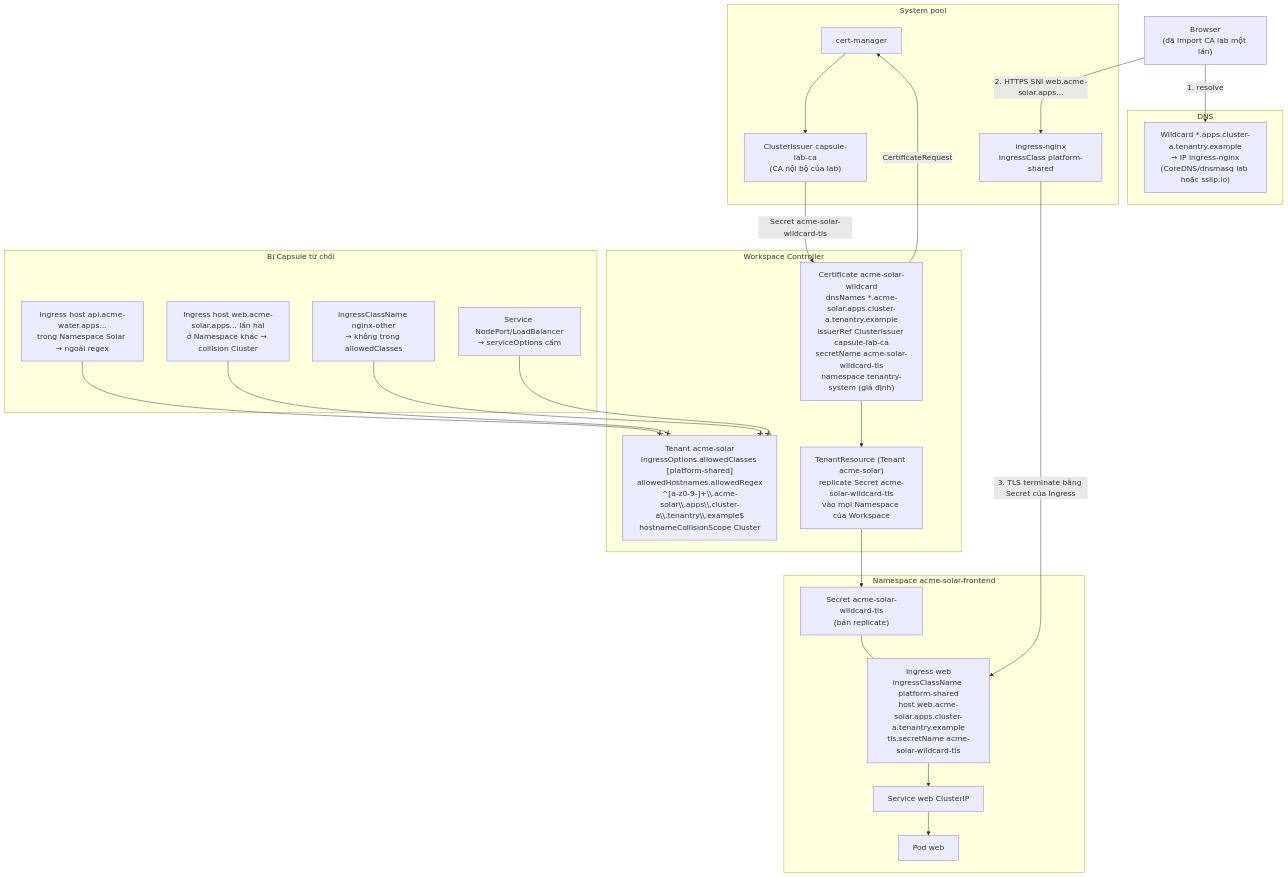
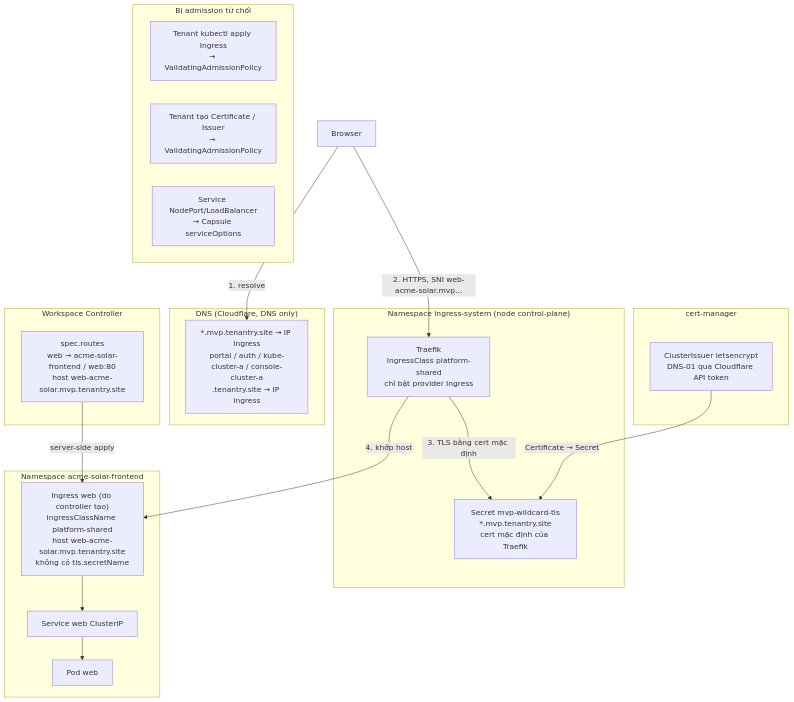
Before and after one commit to thaihoc1310/tenantry: the seventh of 9 diagrams in docs/architecture/05-network-and-scheduling.md, drawn with Mermaid. The commit also changed other lines of this file and 10 other files, not shown here.

Commit message:
docs: platform-managed Routes on Traefik with Let's Encrypt, NFS via csi-driver-nfs, cluster foundation under deploy/cluster

````diff
--- a/docs/architecture/05-network-and-scheduling.md
+++ b/docs/architecture/05-network-and-scheduling.md
@@ -381,48 +382,39 @@
 ```mermaid
 flowchart TB
-  subgraph DNSL["DNS"]
-    D1["Wildcard *.apps.cluster-a.tenantry.example<br/>→ IP ingress-nginx<br/>(CoreDNS/dnsmasq lab hoặc sslip.io)"]
+  subgraph DNSL["DNS (Cloudflare, DNS only)"]
+    D1["*.mvp.tenantry.site → IP ingress<br/>portal / auth / kube-cluster-a / console-cluster-a<br/>.tenantry.site → IP ingress"]
   end
 
-  subgraph EDGE["System pool"]
-    ING["ingress-nginx<br/>IngressClass platform-shared"]
-    CM["cert-manager"]
-    CI["ClusterIssuer capsule-lab-ca<br/>(CA nội bộ của lab)"]
+  subgraph EDGE["Namespace ingress-system (node control-plane)"]
+    ING["Traefik<br/>IngressClass platform-shared<br/>chỉ bật provider Ingress"]
+    WC["Secret mvp-wildcard-tls<br/>*.mvp.tenantry.site<br/>cert mặc định của Traefik"]
+  end
+
+  subgraph CMG["cert-manager"]
+    CI["ClusterIssuer letsencrypt<br/>DNS-01 qua Cloudflare API token"]
   end
 
   subgraph CTRL["Workspace Controller"]
-    CERT["Certificate acme-solar-wildcard<br/>dnsNames *.acme-solar.apps.cluster-a.tenantry.example<br/>issuerRef ClusterIssuer capsule-lab-ca<br/>secretName acme-solar-wildcard-tls<br/>namespace tenantry-system (giả định)"]
-    TR["TenantResource (Tenant acme-solar)<br/>replicate Secret acme-solar-wildcard-tls<br/>vào mọi Namespace của Workspace"]
-    TEN["Tenant acme-solar<br/>ingressOptions.allowedClasses [platform-shared]<br/>allowedHostnames.allowedRegex<br/>^[a-z0-9-]+\\.acme-solar\\.apps\\.cluster-a\\.tenantry\\.example$<br/>hostnameCollisionScope Cluster"]
+    RT["spec.routes<br/>web → acme-solar-frontend / web:80<br/>host web-acme-solar.mvp.tenantry.site"]
   end
 
   subgraph WS["Namespace acme-solar-frontend"]
-    IR["Ingress web<br/>ingressClassName platform-shared<br/>host web.acme-solar.apps.cluster-a.tenantry.example<br/>tls.secretName acme-solar-wildcard-tls"]
-    SEC["Secret acme-solar-wildcard-tls<br/>(bản replicate)"]
+    IR["Ingress web (do controller tạo)<br/>ingressClassName platform-shared<br/>host web-acme-solar.mvp.tenantry.site<br/>không có tls.secretName"]
     SVC["Service web ClusterIP"]
     POD["Pod web"]
   end
 
-  U["Browser<br/>(đã import CA lab một lần)"] -->|"1. resolve"| D1
-  U -->|"2. HTTPS SNI web.acme-solar.apps..."| ING
-  ING -->|"3. TLS terminate bằng Secret của Ingress"| IR
+  U["Browser"] -->|"1. resolve"| D1
+  U -->|"2. HTTPS, SNI web-acme-solar.mvp…"| ING
+  ING -->|"3. TLS bằng cert mặc định"| WC
+  ING -->|"4. khớp host"| IR
   IR --> SVC --> POD
-  SEC --- IR
+  CI -->|"Certificate → Secret"| WC
+  RT -->|"server-side apply"| IR
 
-  CERT -->|"CertificateRequest"| CM
-  CM --> CI
-  CI -->|"Secret acme-solar-wildcard-tls"| CERT
-  CERT --> TR
-  TR --> SEC
-
-  subgraph REJ["Bị Capsule từ chối"]
-    X1["Ingress host api.acme-water.apps...<br/>trong Namespace Solar → ngoài regex"]
-    X2["Ingress host web.acme-solar.apps... lần hai<br/>ở Namespace khác → collision Cluster"]
-    X3["ingressClassName nginx-other<br/>→ không trong allowedClasses"]
-    X4["Service NodePort/LoadBalancer<br/>→ serviceOptions cấm"]
+  subgraph REJ["Bị admission từ chối"]
+    X1["Tenant kubectl apply Ingress<br/>→ ValidatingAdmissionPolicy"]
+    X2["Tenant tạo Certificate / Issuer<br/>→ ValidatingAdmissionPolicy"]
+    X3["Service NodePort/LoadBalancer<br/>→ Capsule serviceOptions"]
   end
-  X1 --x TEN
-  X2 --x TEN
-  X3 --x TEN
-  X4 --x TEN
 ```
````
